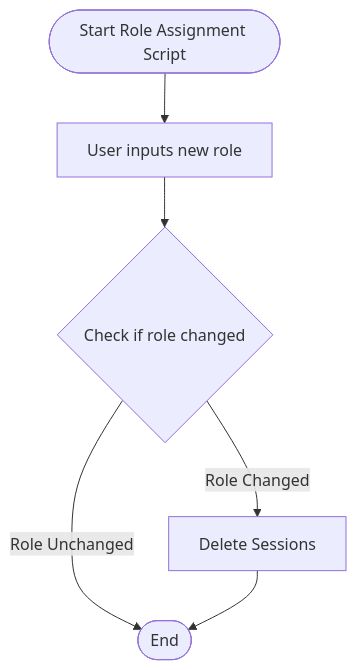
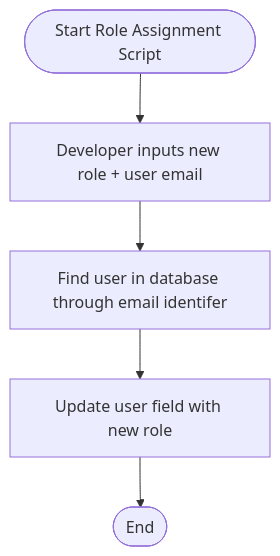
One commit to Hemit99123/stocksavvy-software-designs changed the second of 2 diagrams in authflow.md. Above: the diagram before and after it, drawn with Mermaid. The commit also changed other lines of this file, not shown here.

Commit message:
updated ract logic

````diff
--- a/authflow.md
+++ b/authflow.md
@@ -40,8 +40,7 @@
 ```mermaid
 flowchart
-    Q([Start Role Assignment Script]) --> R[User inputs new role]
-    R --> Z{Check if role changed}
-    Z -- "Role Changed" --> S[Delete Sessions]
-    Z -- "Role Unchanged" --> T([End])
-    S --> T
+    Q([Start Role Assignment Script]) --> R[Developer inputs new role + user email]
+    R --> G[Find user in database through email identifer]
+    G --> K[Update user field with new role]
+    K --> T([End])
 ```
````
